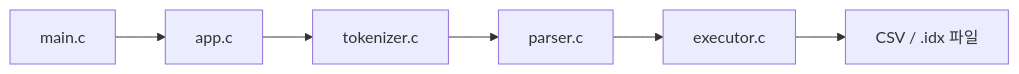
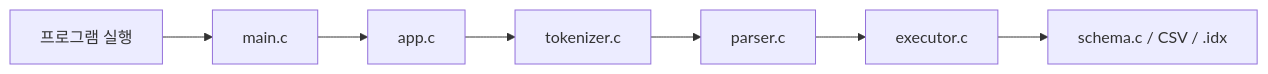
The first of 7 diagrams in docs/code-reading-notes.md (Jungle-12-303/week6-team5-sql), drawn with Mermaid before and after one commit. The commit also changed other lines of this file, not shown here.

First line of the commit message:
Document app.c 학습 노트 정리

````diff
--- a/docs/code-reading-notes.md
+++ b/docs/code-reading-notes.md
@@ -13,8 +13,10 @@
 ```mermaid
 flowchart LR
-    A["main.c"] --> B["app.c"]
-    B --> C["tokenizer.c"]
-    C --> D["parser.c"]
-    D --> E["executor.c"]
-    E --> F["CSV / .idx 파일"]
+    A["프로그램 실행"] --> B["main.c"]
+    B --> C["app.c"]
+    C --> D["tokenizer.c"]
+    D --> E["parser.c"]
+    E --> F["executor.c"]
+    F --> G["schema.c / CSV / .idx"]
+
 ```
````
